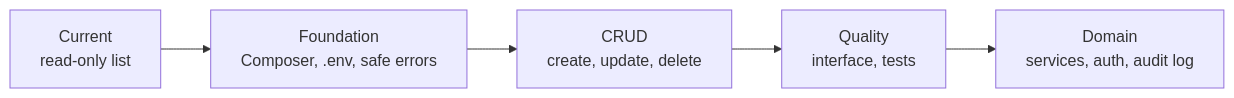
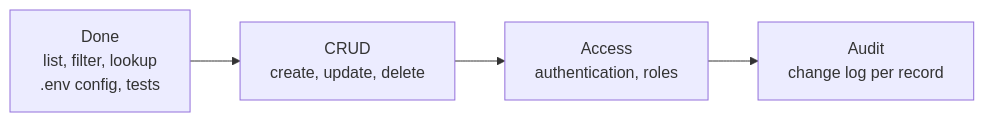
Before and after one commit to JoshuaOmosa/NexusCore: the sixth of 6 diagrams in README.md, drawn with Mermaid. The commit also changed other lines of this file and 14 other files, not shown here.

First line of the commit message:
refactor: env-based config, repository interface, prepared queries, tests

````diff
--- a/README.md
+++ b/README.md
@@ -464,7 +338,6 @@
 ```mermaid
 flowchart LR
-    A["Current<br/>read-only list"] --> B["Foundation<br/>Composer, .env, safe errors"]
-    B --> C["CRUD<br/>create, update, delete"]
-    C --> D["Quality<br/>interface, tests"]
-    D --> E["Domain<br/>services, auth, audit log"]
+    A["Done<br/>list, filter, lookup<br/>.env config, tests"] --> B["CRUD<br/>create, update, delete"]
+    B --> C["Access<br/>authentication, roles"]
+    C --> D["Audit<br/>change log per record"]
 ```
````
